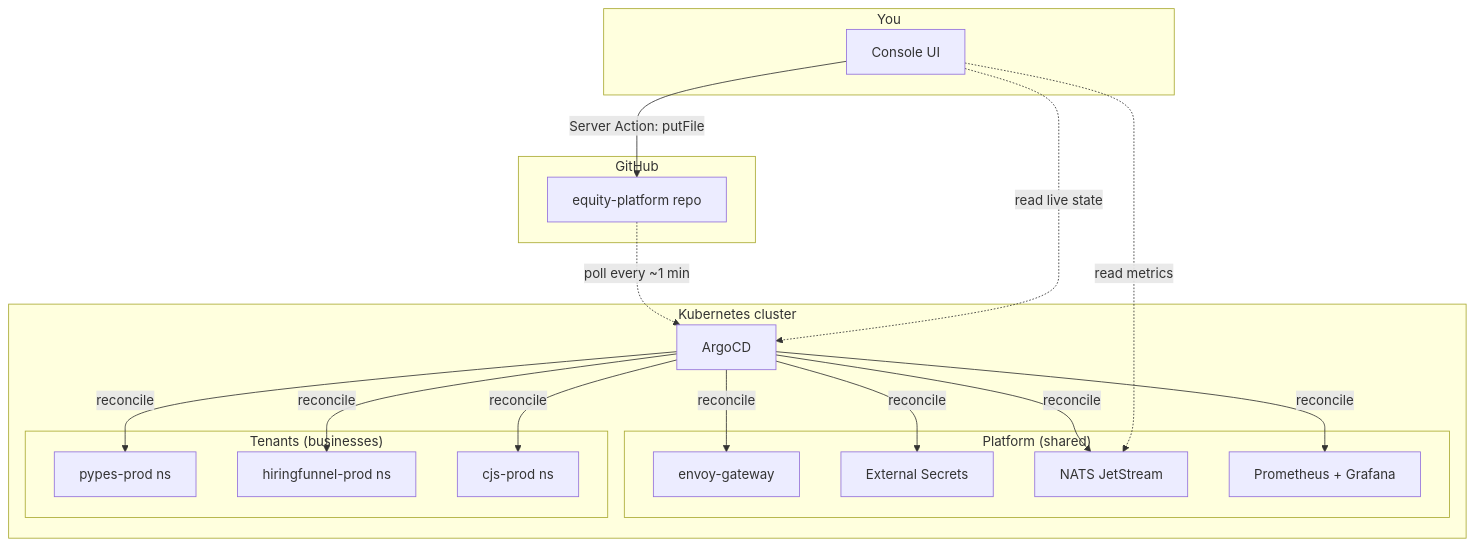
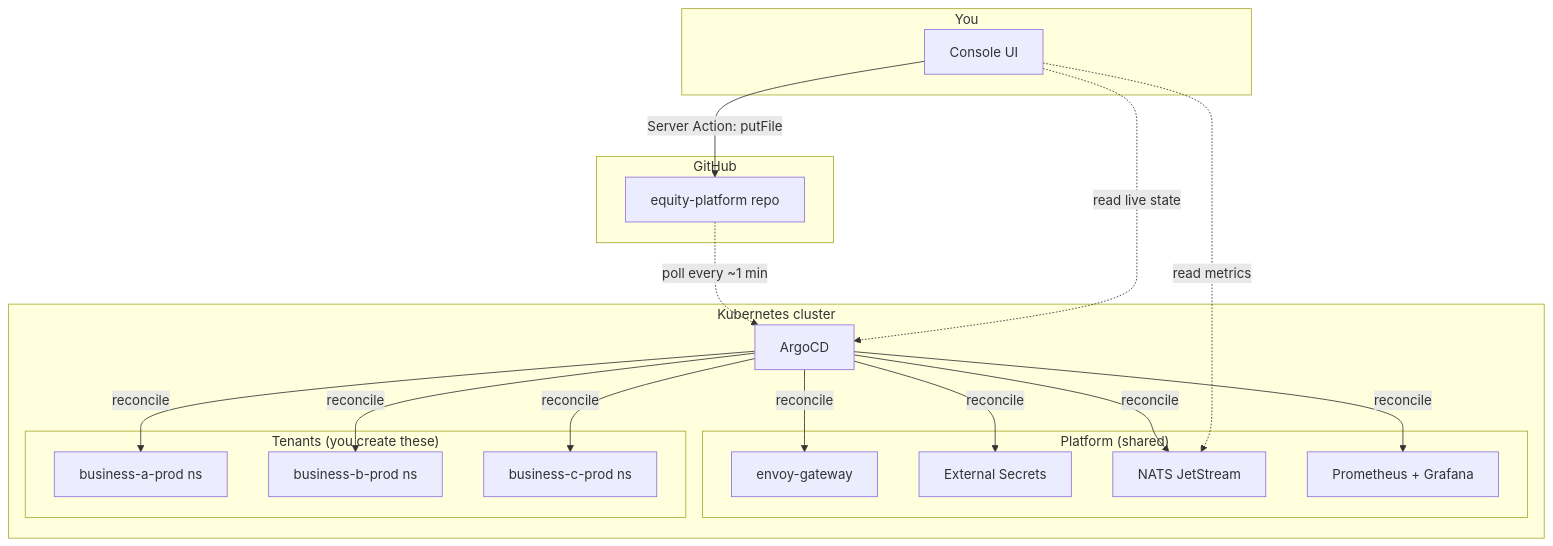
One commit to jaredzwick/equity-platform changed the diagram in README.md. Above: the diagram before and after it, drawn with Mermaid. The commit also changed other lines of this file and 5 other files, not shown here.

````diff
--- a/README.md
+++ b/README.md
@@ -39,34 +39,34 @@
 ```mermaid
 graph TD
     subgraph "You"
       U[Console UI]
     end
     subgraph "GitHub"
       G[equity-platform repo]
     end
     subgraph "Kubernetes cluster"
       A[ArgoCD]
       subgraph "Platform (shared)"
         NG[envoy-gateway]
         ES[External Secrets]
         NA[NATS JetStream]
         PR[Prometheus + Grafana]
       end
-      subgraph "Tenants (businesses)"
-        P[pypes-prod ns]
-        H[hiringfunnel-prod ns]
-        C[cjs-prod ns]
+      subgraph "Tenants (you create these)"
+        T1[business-a-prod ns]
+        T2[business-b-prod ns]
+        T3[business-c-prod ns]
       end
     end
     U -->|Server Action: putFile| G
     G -.->|poll every ~1 min| A
     A -->|reconcile| NG
     A -->|reconcile| ES
     A -->|reconcile| NA
     A -->|reconcile| PR
-    A -->|reconcile| P
-    A -->|reconcile| H
-    A -->|reconcile| C
+    A -->|reconcile| T1
+    A -->|reconcile| T2
+    A -->|reconcile| T3
     U -.->|read live state| A
     U -.->|read metrics| NA
 ```
````
